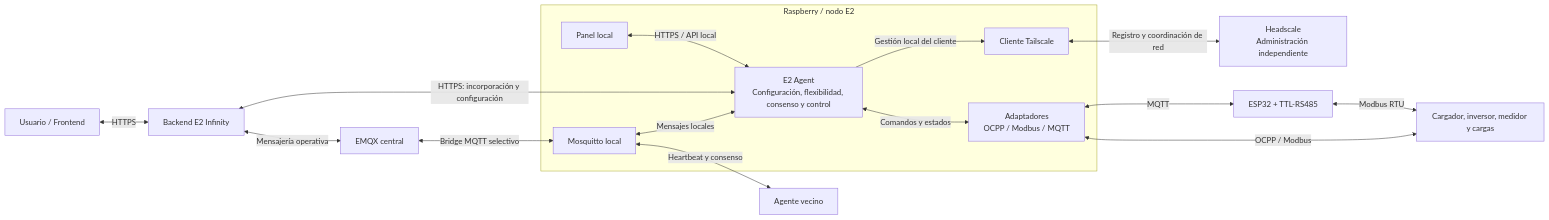
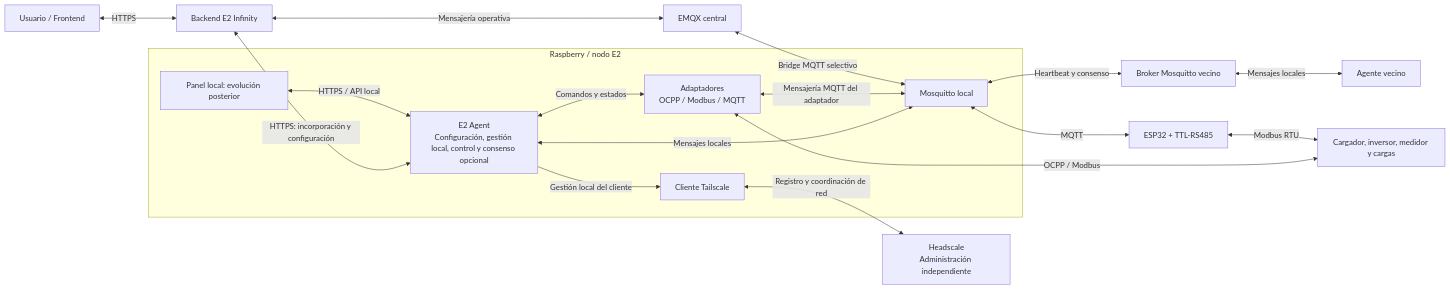
The diagram in docs/arquitectura/README.md (JavierV-code/MensajesE2infinity), drawn with Mermaid before and after one commit. The commit also changed other lines of this file and 16 other files, not shown here.

````diff
--- a/docs/arquitectura/README.md
+++ b/docs/arquitectura/README.md
@@ -15,33 +15,36 @@
 ```mermaid
 flowchart LR
     U[Usuario / Frontend]
     CORE[Backend E2 Infinity]
     EMQX[EMQX central]
     HS[Headscale\nAdministración independiente]
 
     subgraph NODE[Raspberry / nodo E2]
-        PANEL[Panel local]
-        AGENT[E2 Agent\nConfiguración, flexibilidad, consenso y control]
+        PANEL[Panel local: evolución posterior]
+        AGENT[E2 Agent\nConfiguración, gestión local, control y consenso opcional]
         MOSQ[Mosquitto local]
         TS[Cliente Tailscale]
         ADP[Adaptadores\nOCPP / Modbus / MQTT]
     end
 
+    NB[Broker Mosquitto vecino]
     NEIGHBOR[Agente vecino]
     ESP[ESP32 + TTL-RS485]
     EQUIP[Cargador, inversor, medidor y cargas]
 
     U <-->|HTTPS| CORE
     PANEL <-->|HTTPS / API local| AGENT
     CORE <-->|HTTPS: incorporación y configuración| AGENT
     CORE <-->|Mensajería operativa| EMQX
     EMQX <-->|Bridge MQTT selectivo| MOSQ
     MOSQ <-->|Mensajes locales| AGENT
-    MOSQ <-->|Heartbeat y consenso| NEIGHBOR
+    MOSQ <-->|Heartbeat y consenso| NB
+    NB <-->|Mensajes locales| NEIGHBOR
     TS <-->|Registro y coordinación de red| HS
     AGENT -->|Gestión local del cliente| TS
     AGENT <-->|Comandos y estados| ADP
-    ADP <-->|MQTT| ESP
+    ADP <-->|Mensajería MQTT del adaptador| MOSQ
+    MOSQ <-->|MQTT| ESP
     ESP <-->|Modbus RTU| EQUIP
     ADP <-->|OCPP / Modbus| EQUIP
 ```
````
